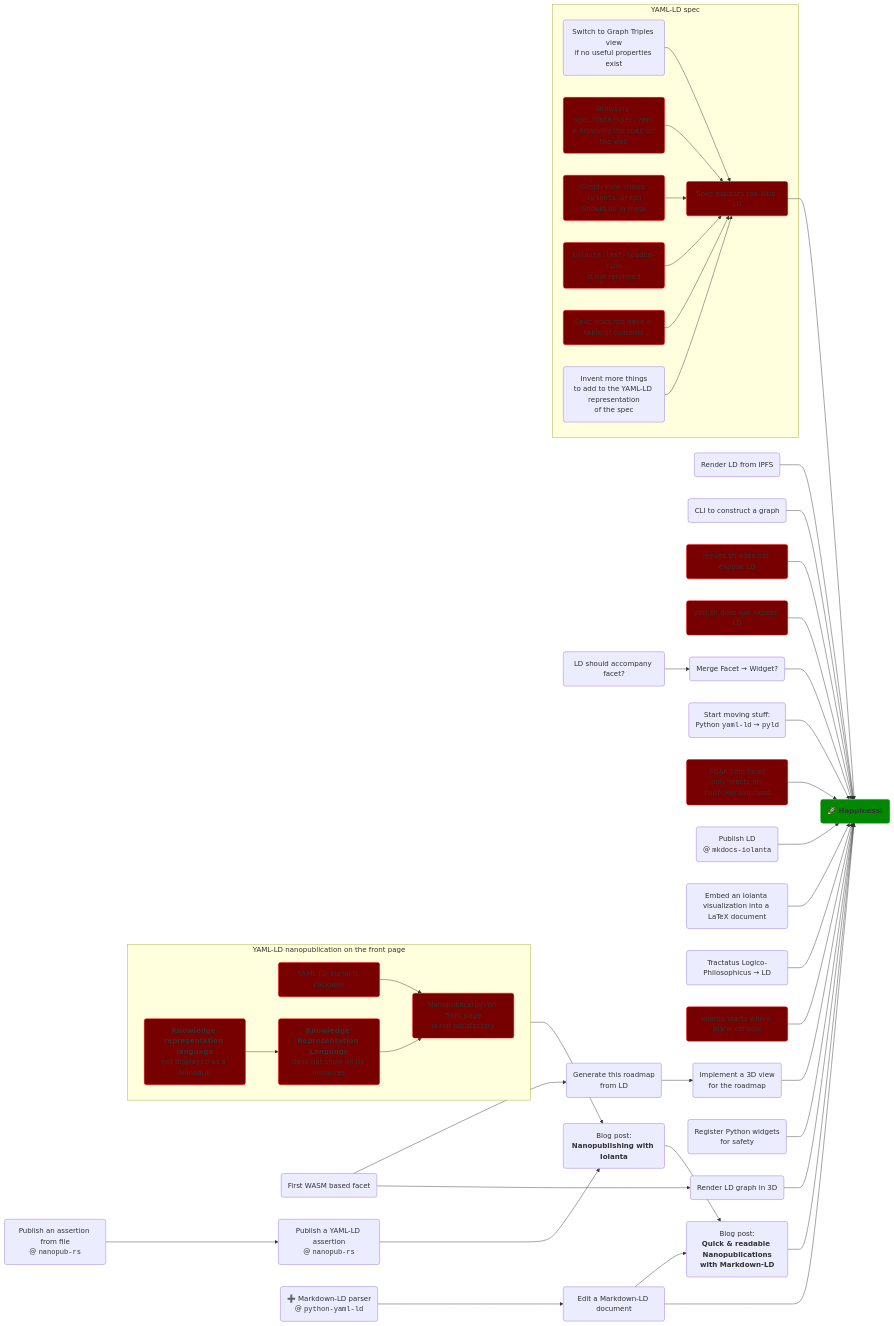
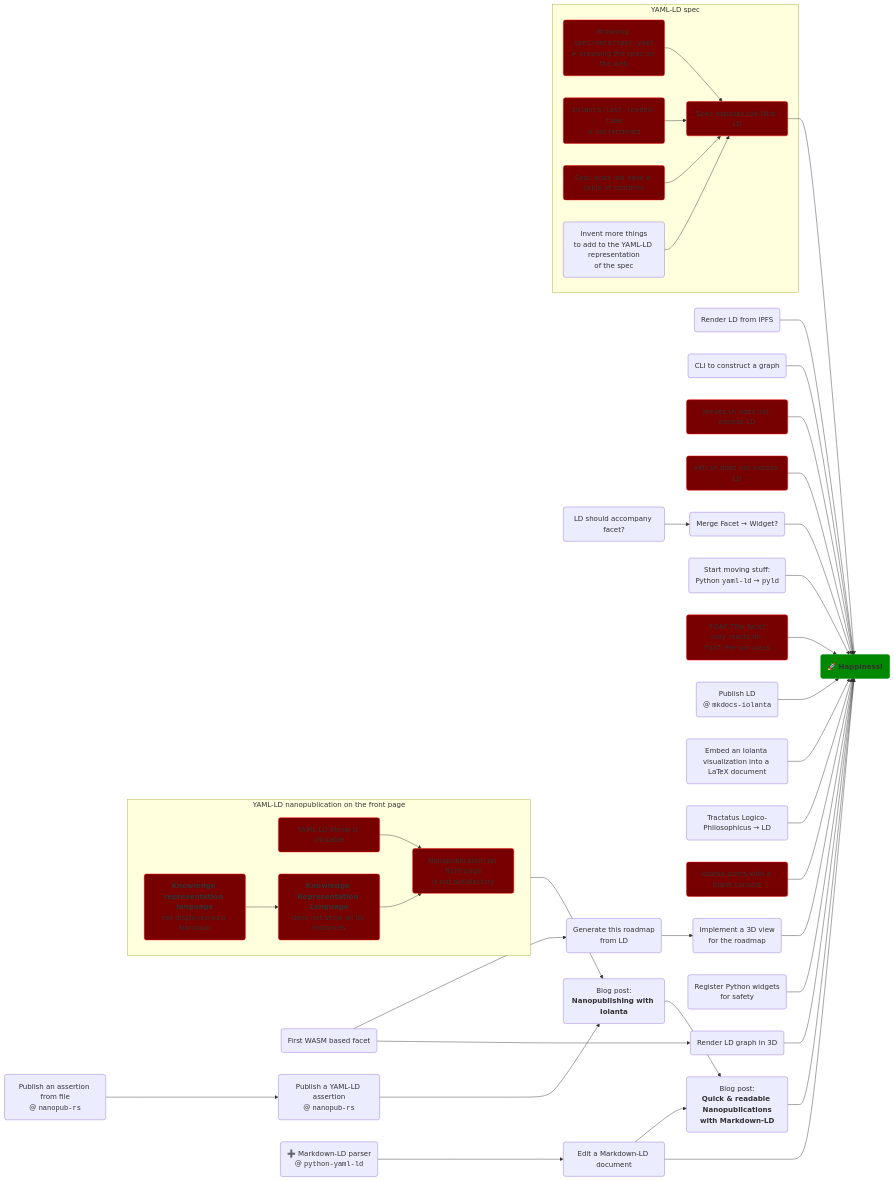
One commit to iolanta-tech/iolanta changed the diagram in docs/roadmap.md. Above: the diagram before and after it, drawn with Mermaid.

Commit message:
#291 Update roadmap

```diff
--- a/docs/roadmap.md
+++ b/docs/roadmap.md
@@ -71,14 +71,9 @@
         spec-not-ld("Spec exposes too little LD")
         class spec-not-ld bug
         
-        switch-to-graph("Switch to Graph Triples view<br/>if no useful properties exist") --> spec-not-ld
-        
         mismatch("Browsing <code>spec/data/spec.yaml</code><br/>≠ browsing the spec on the web") --> spec-not-ld
         class mismatch bug
 
-        gig("Graph view shows <code>iolanta:Graph</code><br/>Should be in meta") --> spec-not-ld
-        class gig bug
-        
         last-loaded-time("<code>iolanta:last-loaded-time</code><br/>is not rendered") --> spec-not-ld
         class last-loaded-time bug
         
```
